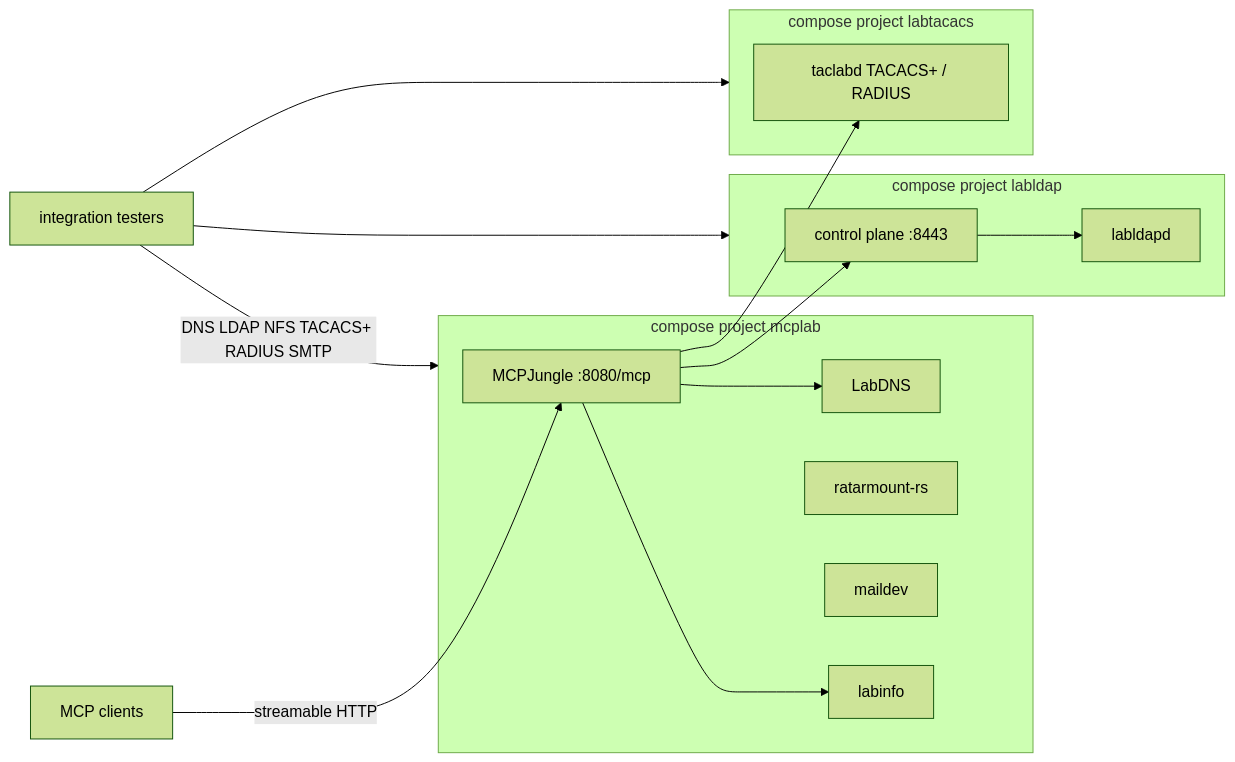
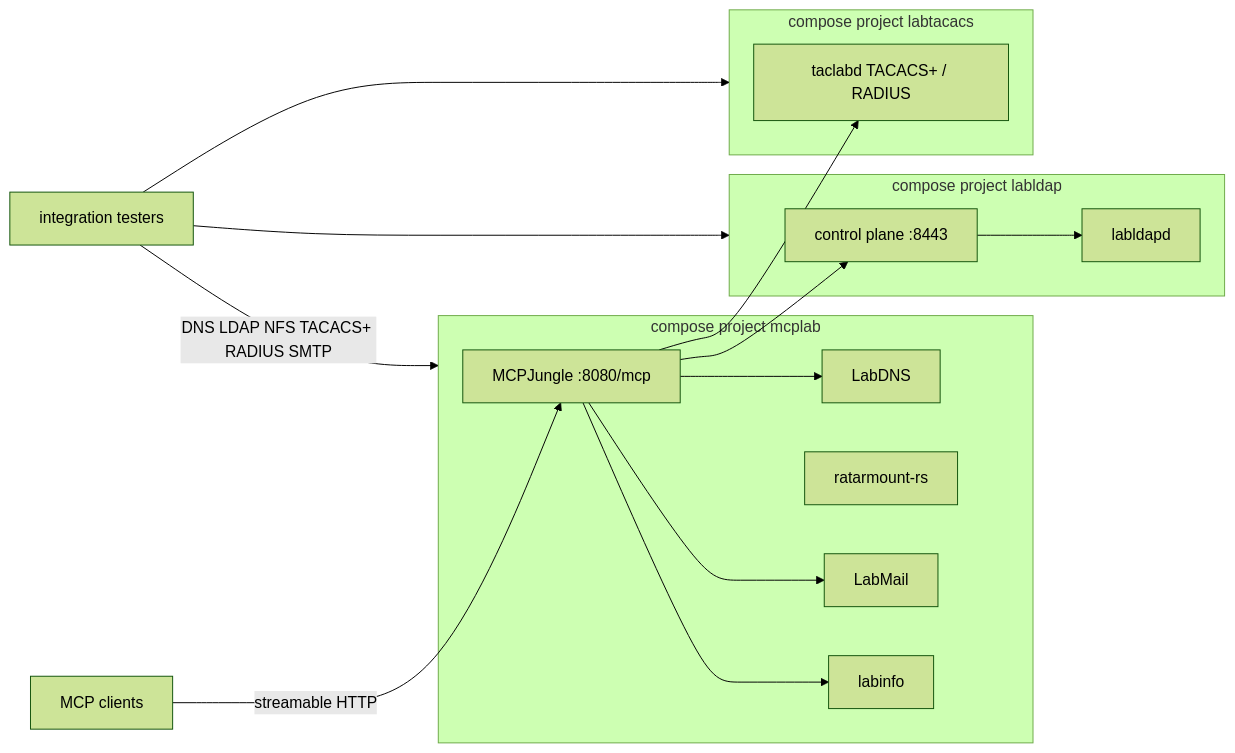
One commit to hilather/mcp-integration-lab changed the diagram in README.md. Above: the diagram before and after it, drawn with Mermaid (forest theme). The commit also changed other lines of this file and 27 other files, not shown here.

````diff
--- a/README.md
+++ b/README.md
@@ -82,26 +82,27 @@
 ```mermaid
 flowchart LR
   Agents[MCP clients] -->|streamable HTTP| Jungle["MCPJungle :8080/mcp"]
   subgraph mcplab [compose project mcplab]
     Jungle
     DNS[LabDNS]
     NFS[ratarmount-rs]
-    Mail[maildev]
+    Mail[LabMail]
     Info[labinfo]
   end
   subgraph labldap [compose project labldap]
     Control[control plane :8443]
     Dir[labldapd]
   end
   subgraph labtacacs [compose project labtacacs]
     Taclab[taclabd TACACS+ / RADIUS]
   end
   Jungle --> DNS
   Jungle --> Info
   Jungle --> Control
   Jungle --> Taclab
+  Jungle --> Mail
   Control --> Dir
   Testers[integration testers] -->|DNS LDAP NFS TACACS+ RADIUS SMTP| mcplab
   Testers --> labldap
   Testers --> labtacacs
 ```
````
